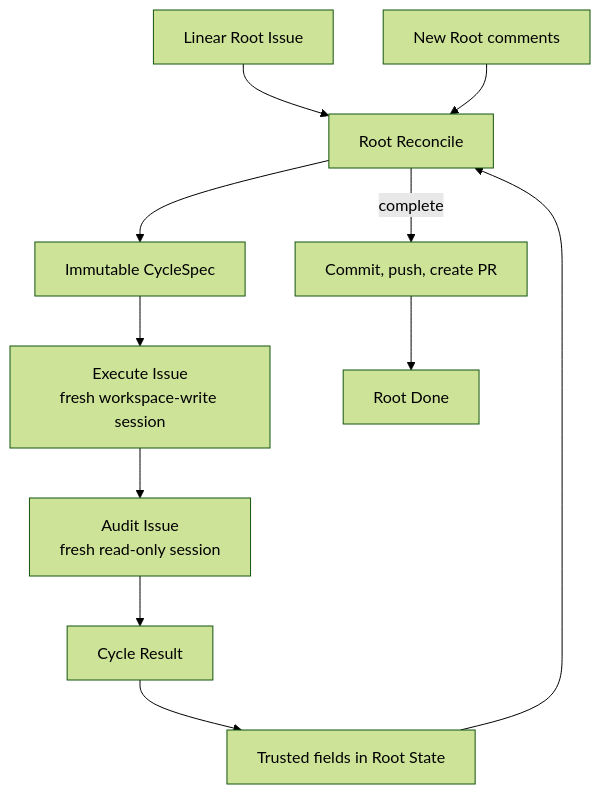
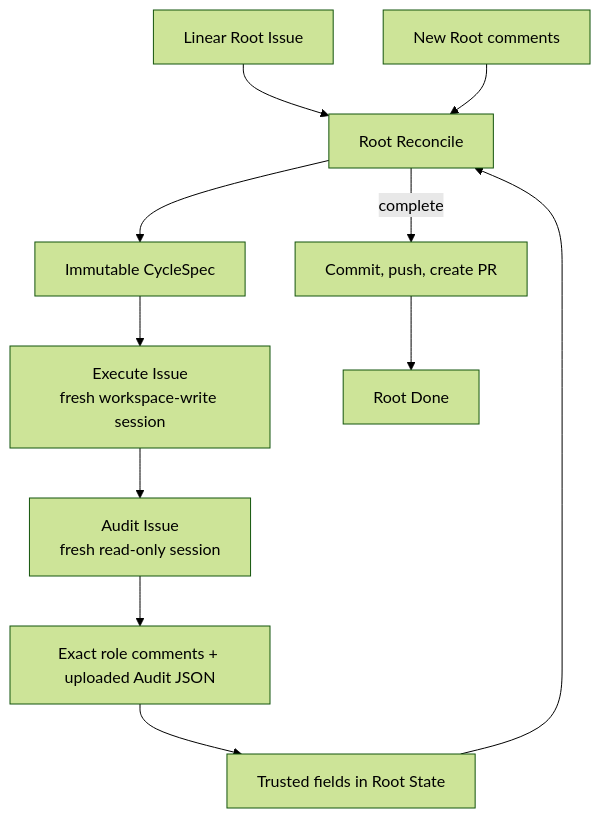
The diagram in docs/architecture/README.md (hallucination-studio/symphony), drawn with Mermaid (forest theme) before and after one commit. The commit also changed other lines of this file and 218 other files, not shown here.

````diff
--- a/docs/architecture/README.md
+++ b/docs/architecture/README.md
@@ -12,14 +12,14 @@
 ```mermaid
 %% source-rules: WF-TOPO-001 WF-TOPO-002 WF-TOPO-003 WF-ROUTE-006 WF-INBOX-004
 flowchart TD
   Root[Linear Root Issue] --> Reconcile[Root Reconcile]
   Reconcile --> Cycle[Immutable CycleSpec]
   Cycle --> Execute[Execute Issue<br/>fresh workspace-write session]
   Execute --> Audit[Audit Issue<br/>fresh read-only session]
-  Audit --> Result[Cycle Result]
+  Audit --> Result[Exact role comments + uploaded Audit JSON]
   Result --> State[Trusted fields in Root State]
   State --> Reconcile
   Inbox[New Root comments] --> Reconcile
   Reconcile -->|complete| PR[Commit, push, create PR]
   PR --> Done[Root Done]
 ```
````
